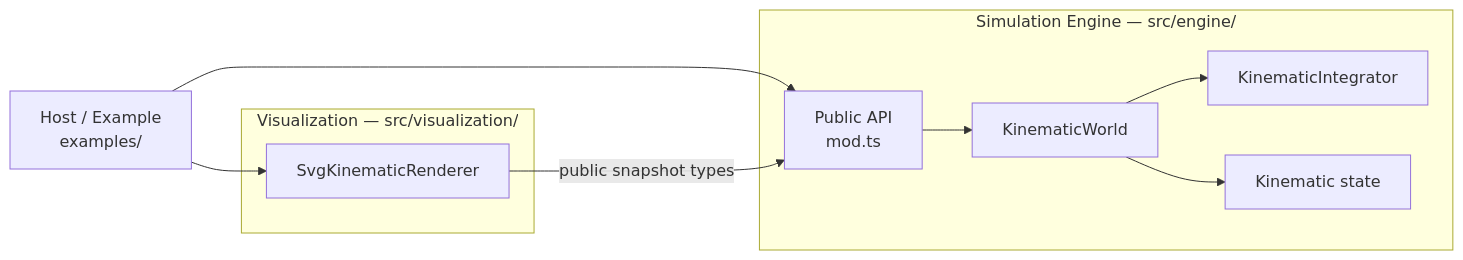
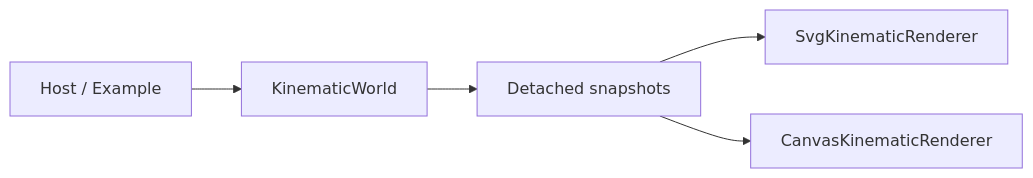
The first of 17 diagrams in docs/architecture/README.md (fa-ribeiro/vLab2D), drawn with Mermaid before and after one commit. The commit also changed other lines of this file and 7 other files, not shown here.

````diff
--- a/docs/architecture/README.md
+++ b/docs/architecture/README.md
@@ -25,24 +25,16 @@
 ```mermaid
 flowchart LR
-    HOST["Host / Example<br/>examples/"]
+    HOST["Host / Example"]
 
-    subgraph ENGINE["Simulation Engine — src/engine/"]
-        API["Public API<br/>mod.ts"]
-        WORLD["KinematicWorld"]
-        INTEGRATOR["KinematicIntegrator"]
-        STATE["Kinematic state"]
-    end
+    WORLD["KinematicWorld"]
+    SNAP["Detached snapshots"]
 
-    subgraph VIS["Visualization — src/visualization/"]
-        SVG["SvgKinematicRenderer"]
-    end
+    SVG["SvgKinematicRenderer"]
+    CANVAS["CanvasKinematicRenderer"]
 
-    HOST --> API
-    HOST --> SVG
+    HOST --> WORLD
+    WORLD --> SNAP
 
-    API --> WORLD
-    WORLD --> INTEGRATOR
-    WORLD --> STATE
-
-    SVG -->|"public snapshot types"| API
+    SNAP --> SVG
+    SNAP --> CANVAS
 ```
````
